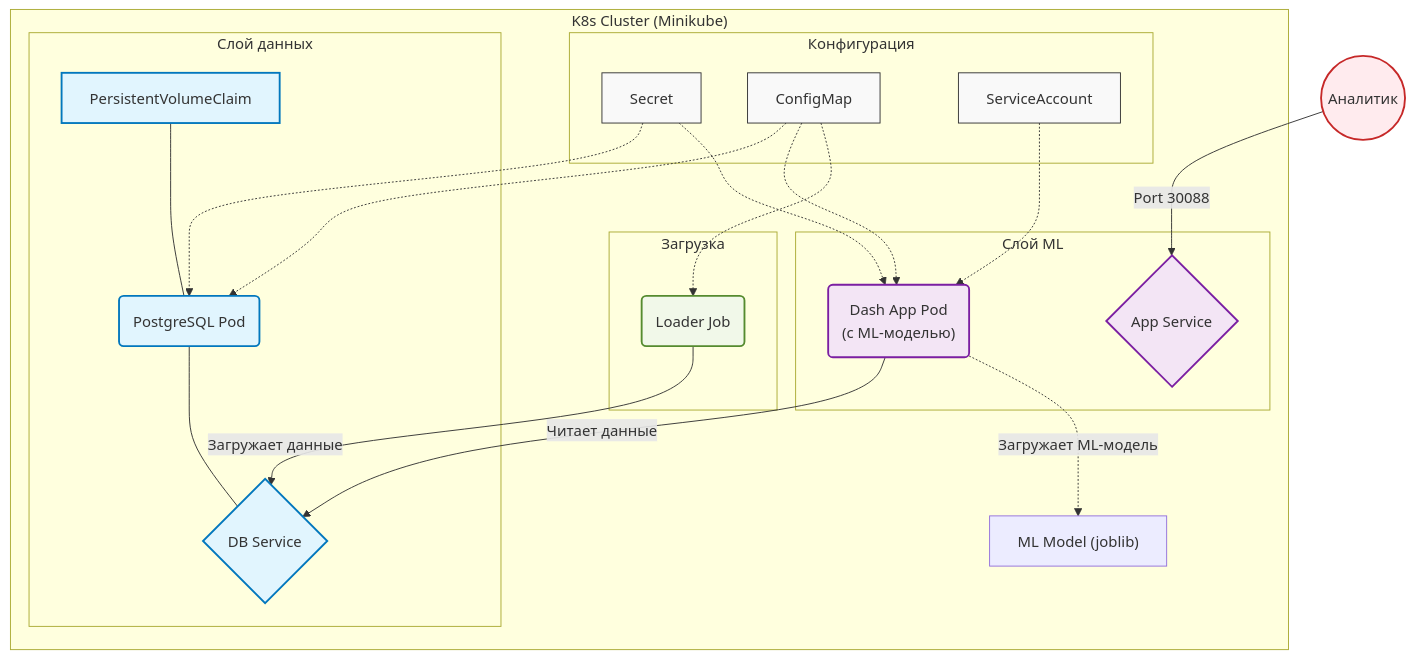
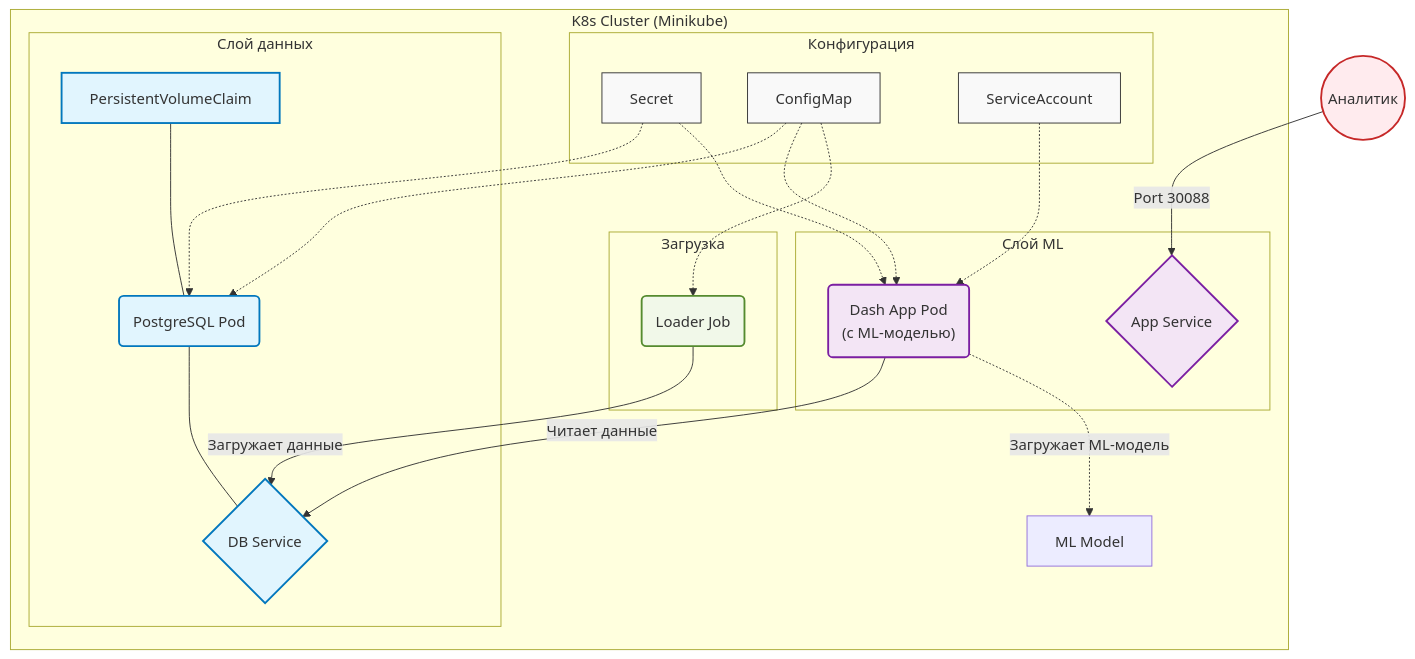
One commit to Scortlin/Devops_lr changed the diagram in lab_03/REPORT.md. Above: the diagram before and after it, drawn with Mermaid. The commit also changed other lines of this file, not shown here.

````diff
--- a/lab_03/REPORT.md
+++ b/lab_03/REPORT.md
@@ -26,53 +26,53 @@
 ```mermaid
 graph TD
     classDef config fill:#f9f9f9,stroke:#333,stroke-width:1px;
     classDef db fill:#e1f5fe,stroke:#0277bd,stroke-width:2px;
     classDef app fill:#fff3e0,stroke:#ef6c00,stroke-width:2px;
     classDef batch fill:#f1f8e9,stroke:#558b2f,stroke-width:2px;
     classDef user fill:#ffebee,stroke:#c62828,stroke-width:2px;
     classDef ml fill:#f3e5f5,stroke:#7b1fa2,stroke-width:2px;
 
     subgraph K8s_Cluster ["K8s Cluster (Minikube)"]
         
         subgraph Configs ["Конфигурация"]
             SEC["Secret"]
             CM["ConfigMap"]
             SA["ServiceAccount"]
         end
 
         subgraph Database ["Слой данных"]
             PVC["PersistentVolumeClaim"]
             DB_POD("PostgreSQL Pod")
             DB_SVC{"DB Service"}
         end
 
         subgraph ML_Model ["Слой ML"]
             MODEL_POD("Dash App Pod<br/>(с ML-моделью)")
             MODEL_SVC{"App Service"}
         end
 
         subgraph Data ["Загрузка"]
             JOB("Loader Job")
         end
 
         SEC -.-> DB_POD
         SEC -.-> MODEL_POD
         CM -.-> DB_POD
         CM -.-> MODEL_POD
         CM -.-> JOB
         SA -.-> MODEL_POD
         PVC --- DB_POD
         DB_POD --- DB_SVC
         JOB -->|Загружает данные| DB_SVC
         MODEL_POD -->|Читает данные| DB_SVC
-        MODEL_POD -.->|Загружает ML-модель| MODEL["ML Model (joblib)"]
+        MODEL_POD -.->|Загружает ML-модель| MODEL["ML Model"]
     end
 
     User(("Аналитик")) -->|Port 30088| MODEL_SVC:::user
 
     class SEC,CM,SA config;
     class PVC,DB_POD,DB_SVC db;
     class MODEL_POD,MODEL_SVC ml;
     class JOB batch;
     class User user;
 ```
````
